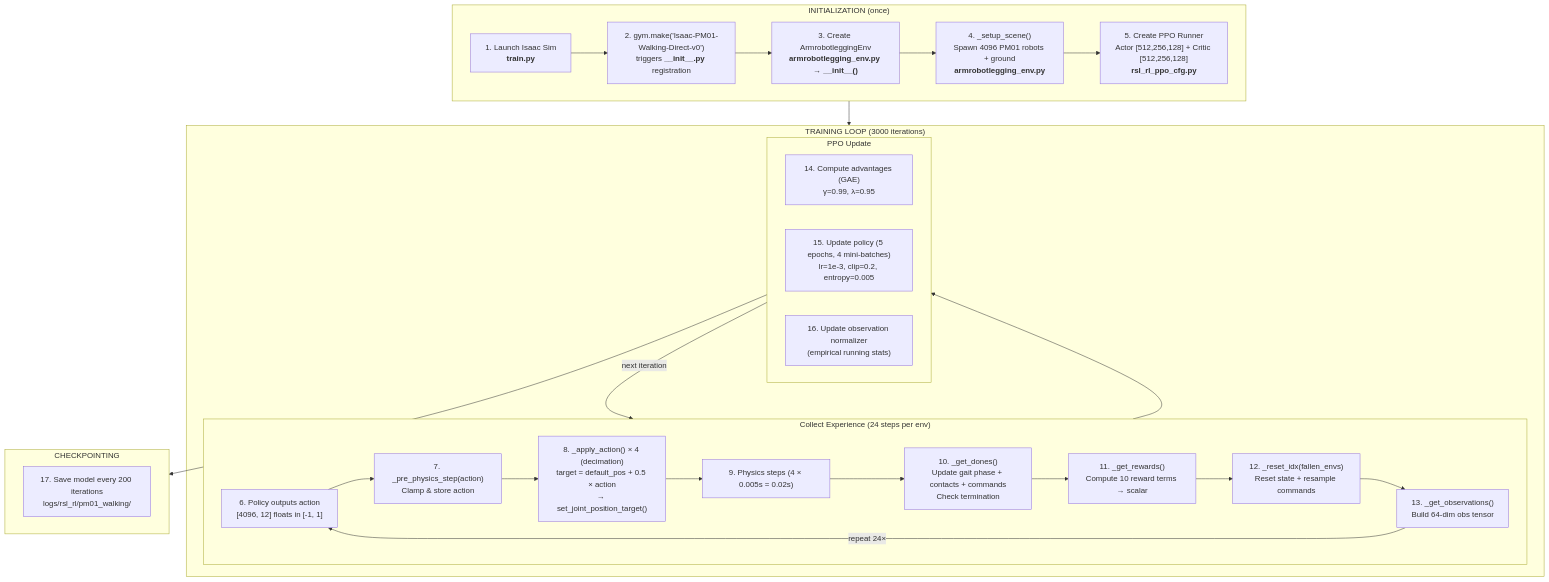
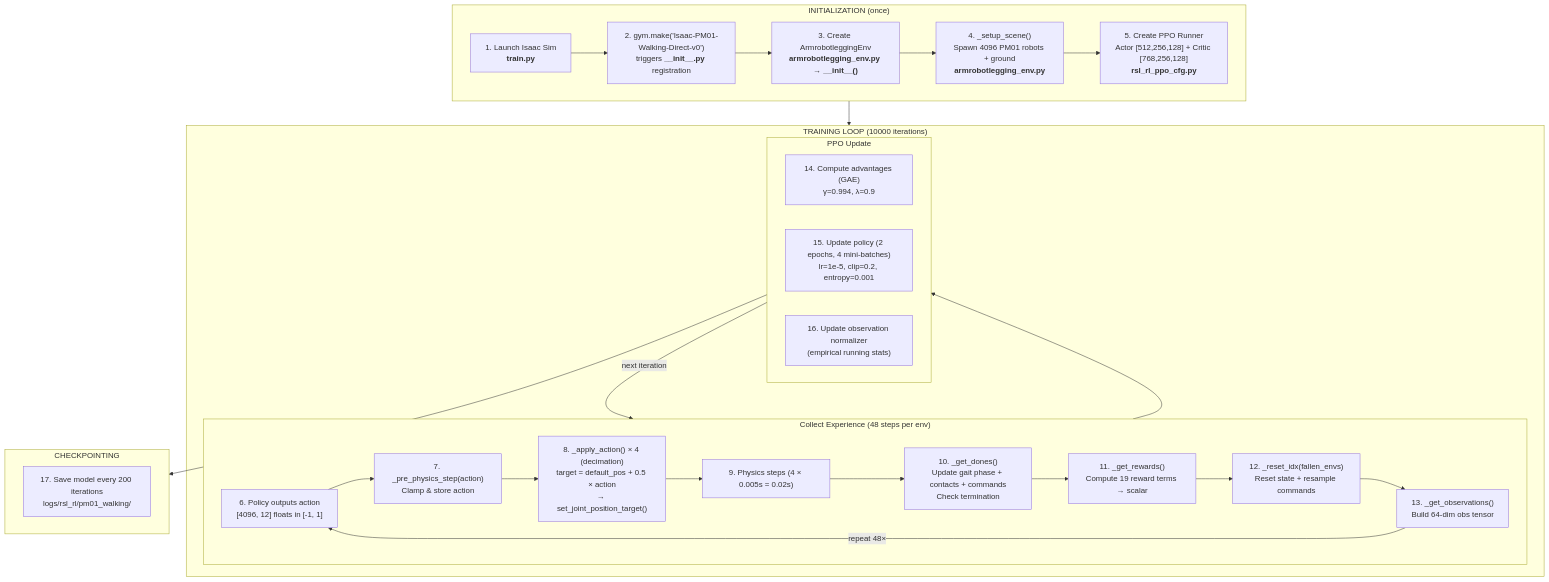
Before and after one commit to armmarov/armrobot: the first of 8 diagrams in docs/TRAINING_FLOW.md, drawn with Mermaid. The commit also changed other lines of this file and 8 other files, not shown here.

````diff
--- a/docs/TRAINING_FLOW.md
+++ b/docs/TRAINING_FLOW.md
@@ -5,42 +5,42 @@
 ```mermaid
 flowchart TB
     subgraph INIT["INITIALIZATION (once)"]
         A1["1. Launch Isaac Sim<br/><b>train.py</b>"]
         A2["2. gym.make('Isaac-PM01-Walking-Direct-v0')<br/>triggers <b>__init__.py</b> registration"]
         A3["3. Create ArmrobotleggingEnv<br/><b>armrobotlegging_env.py → __init__()</b>"]
         A4["4. _setup_scene()<br/>Spawn 4096 PM01 robots + ground<br/><b>armrobotlegging_env.py</b>"]
-        A5["5. Create PPO Runner<br/>Actor [512,256,128] + Critic [512,256,128]<br/><b>rsl_rl_ppo_cfg.py</b>"]
+        A5["5. Create PPO Runner<br/>Actor [512,256,128] + Critic [768,256,128]<br/><b>rsl_rl_ppo_cfg.py</b>"]
         A1 --> A2 --> A3 --> A4 --> A5
     end
 
-    subgraph LOOP["TRAINING LOOP (3000 iterations)"]
-        subgraph COLLECT["Collect Experience (24 steps per env)"]
+    subgraph LOOP["TRAINING LOOP (10000 iterations)"]
+        subgraph COLLECT["Collect Experience (48 steps per env)"]
             B1["6. Policy outputs action<br/>[4096, 12] floats in [-1, 1]"]
             B2["7. _pre_physics_step(action)<br/>Clamp & store action"]
             B3["8. _apply_action() × 4 (decimation)<br/>target = default_pos + 0.5 × action<br/>→ set_joint_position_target()"]
             B4["9. Physics steps (4 × 0.005s = 0.02s)"]
             B5["10. _get_dones()<br/>Update gait phase + contacts + commands<br/>Check termination"]
-            B6["11. _get_rewards()<br/>Compute 10 reward terms → scalar"]
+            B6["11. _get_rewards()<br/>Compute 19 reward terms → scalar"]
             B7["12. _reset_idx(fallen_envs)<br/>Reset state + resample commands"]
             B8["13. _get_observations()<br/>Build 64-dim obs tensor"]
             B1 --> B2 --> B3 --> B4 --> B5 --> B6 --> B7 --> B8
-            B8 -->|"repeat 24×"| B1
+            B8 -->|"repeat 48×"| B1
         end
 
         subgraph UPDATE["PPO Update"]
-            C1["14. Compute advantages (GAE)<br/>γ=0.99, λ=0.95"]
-            C2["15. Update policy (5 epochs, 4 mini-batches)<br/>lr=1e-3, clip=0.2, entropy=0.005"]
+            C1["14. Compute advantages (GAE)<br/>γ=0.994, λ=0.9"]
+            C2["15. Update policy (2 epochs, 4 mini-batches)<br/>lr=1e-5, clip=0.2, entropy=0.001"]
             C3["16. Update observation normalizer<br/>(empirical running stats)"]
         end
 
         COLLECT --> UPDATE
         UPDATE -->|"next iteration"| COLLECT
     end
 
     subgraph SAVE["CHECKPOINTING"]
         D1["17. Save model every 200 iterations<br/>logs/rsl_rl/pm01_walking/"]
     end
 
     INIT --> LOOP
     UPDATE --> SAVE
 ```
````
